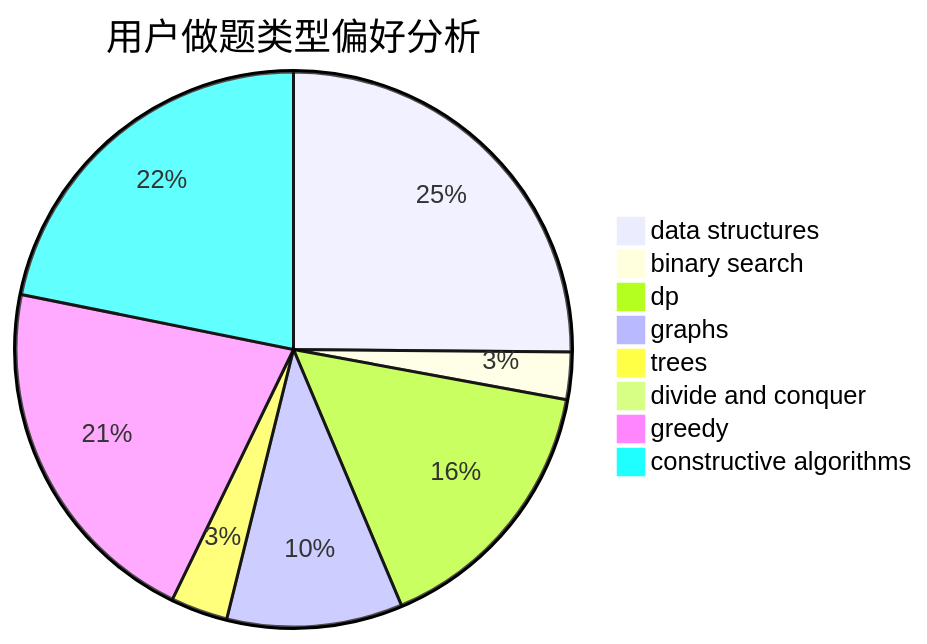
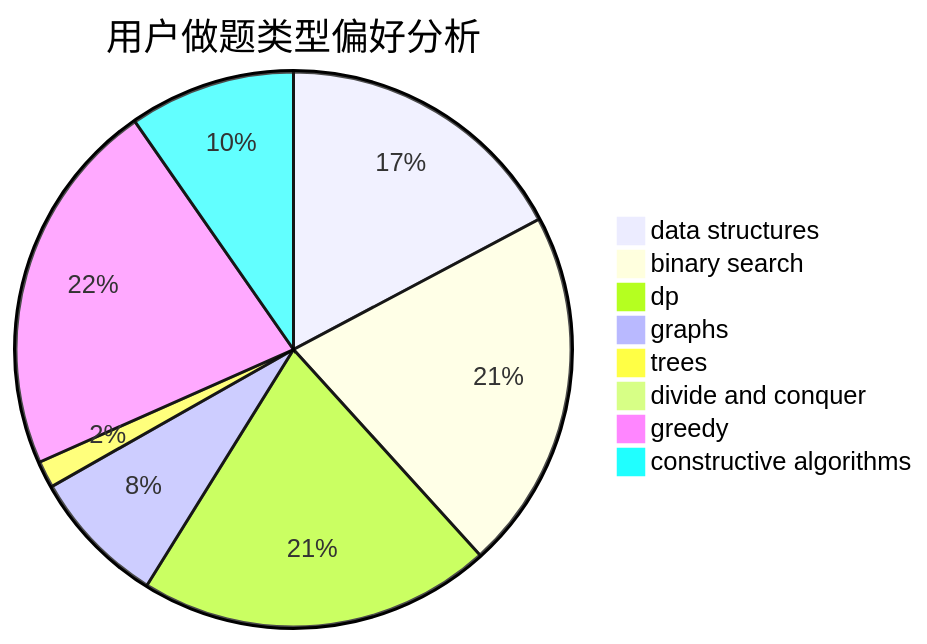
Before and after one commit to sherpahu/cfrs.github.io: the second of 3 diagrams in docs/user/u404.md, drawn with Mermaid. The commit also changed other lines of this file and 2770 other files, not shown here.

````diff
--- a/docs/user/u404.md
+++ b/docs/user/u404.md
@@ -23,11 +23,11 @@
 ```mermaid
 pie title 用户做题类型偏好分析
-    "data structures" :  91
-    "binary search" :  10
-    "dp" :  57
-    "graphs" :  37
-    "trees" :  12
+    "data structures" :  408
+    "binary search" :  498
+    "dp" :  487
+    "graphs" :  188
+    "trees" :  37
     "divide and conquer" :  0
-    "greedy" :  76
-    "constructive algorithms" :  79
+    "greedy" :  520
+    "constructive algorithms" :  229
 ```
````
